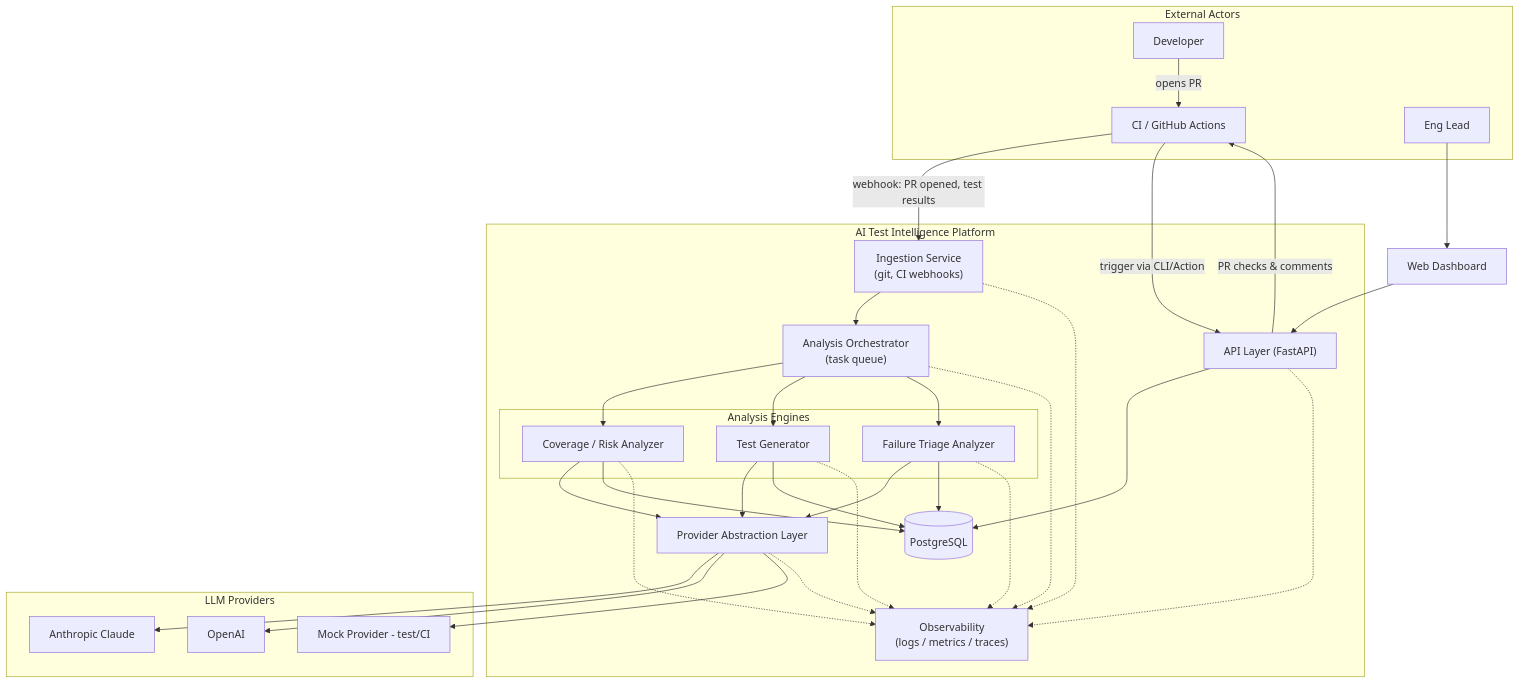
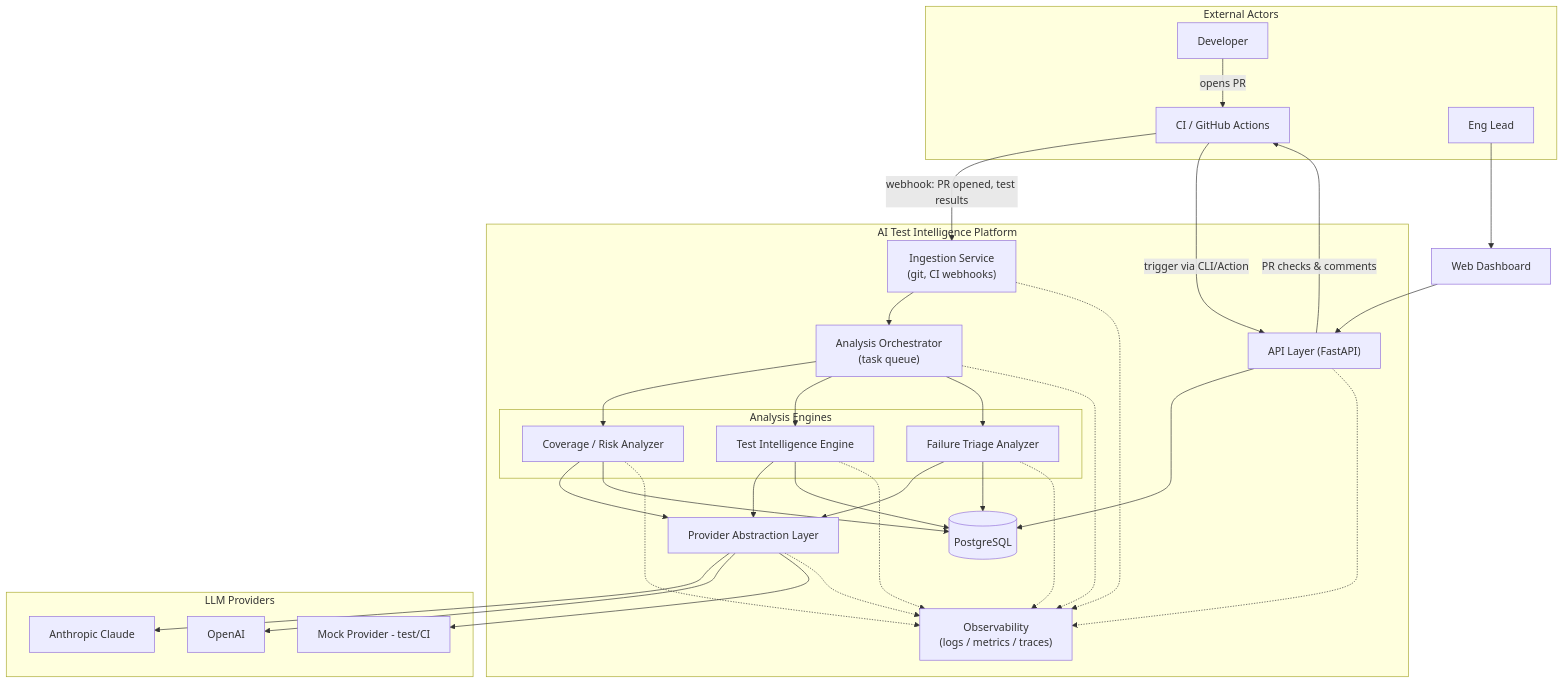
One commit to sdkdeepa/ai-test-intelligence-platform changed the first of 3 diagrams in docs/architecture.md. Above: the diagram before and after it, drawn with Mermaid. The commit also changed other lines of this file and 2 other files, not shown here.

Commit message:
implement AI test intelligence engine

````diff
--- a/docs/architecture.md
+++ b/docs/architecture.md
@@ -29,51 +29,51 @@
 ```mermaid
 flowchart TB
     subgraph External["External Actors"]
         Dev[Developer]
         CI[CI / GitHub Actions]
         Lead[Eng Lead]
     end
 
     subgraph Platform["AI Test Intelligence Platform"]
         Ingestion["Ingestion Service<br/>(git, CI webhooks)"]
         Orchestrator["Analysis Orchestrator<br/>(task queue)"]
 
         subgraph Engines["Analysis Engines"]
             Risk["Coverage / Risk Analyzer"]
-            Gen["Test Generator"]
+            Gen["Test Intelligence Engine"]
             Triage["Failure Triage Analyzer"]
         end
 
         Providers["Provider Abstraction Layer"]
         API["API Layer (FastAPI)"]
         DB[(PostgreSQL)]
         Obs["Observability<br/>(logs / metrics / traces)"]
     end
 
     subgraph LLMs["LLM Providers"]
         Anthropic[Anthropic Claude]
         OpenAI[OpenAI]
         Mock[Mock Provider - test/CI]
     end
 
     Dashboard[Web Dashboard]
 
     Dev -->|opens PR| CI
     CI -->|webhook: PR opened, test results| Ingestion
     Ingestion --> Orchestrator
     Orchestrator --> Risk & Gen & Triage
     Risk & Gen & Triage --> Providers
     Providers --> Anthropic & OpenAI & Mock
     Risk & Gen & Triage --> DB
     API --> DB
     Dashboard --> API
     CI -->|trigger via CLI/Action| API
     Lead --> Dashboard
     API -->|PR checks & comments| CI
 
     Ingestion -.-> Obs
     Orchestrator -.-> Obs
     Risk & Gen & Triage -.-> Obs
     Providers -.-> Obs
     API -.-> Obs
 ```
````
